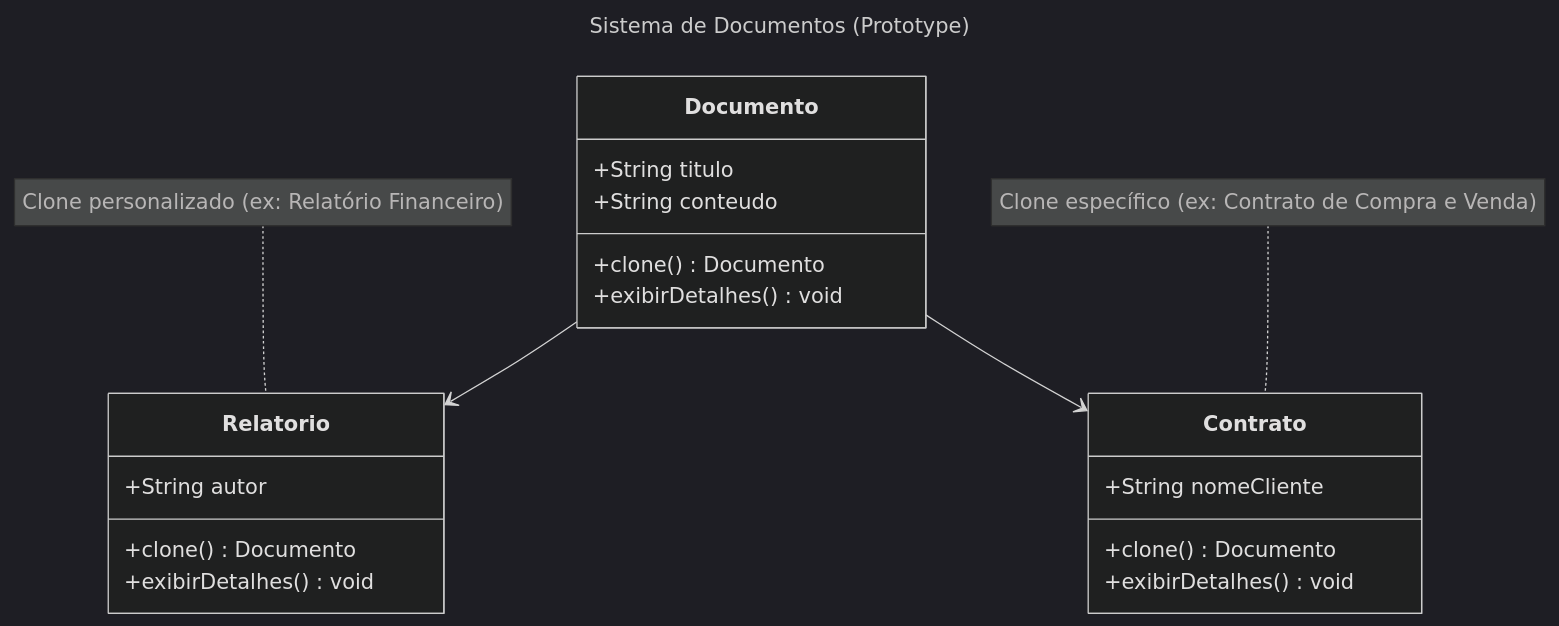
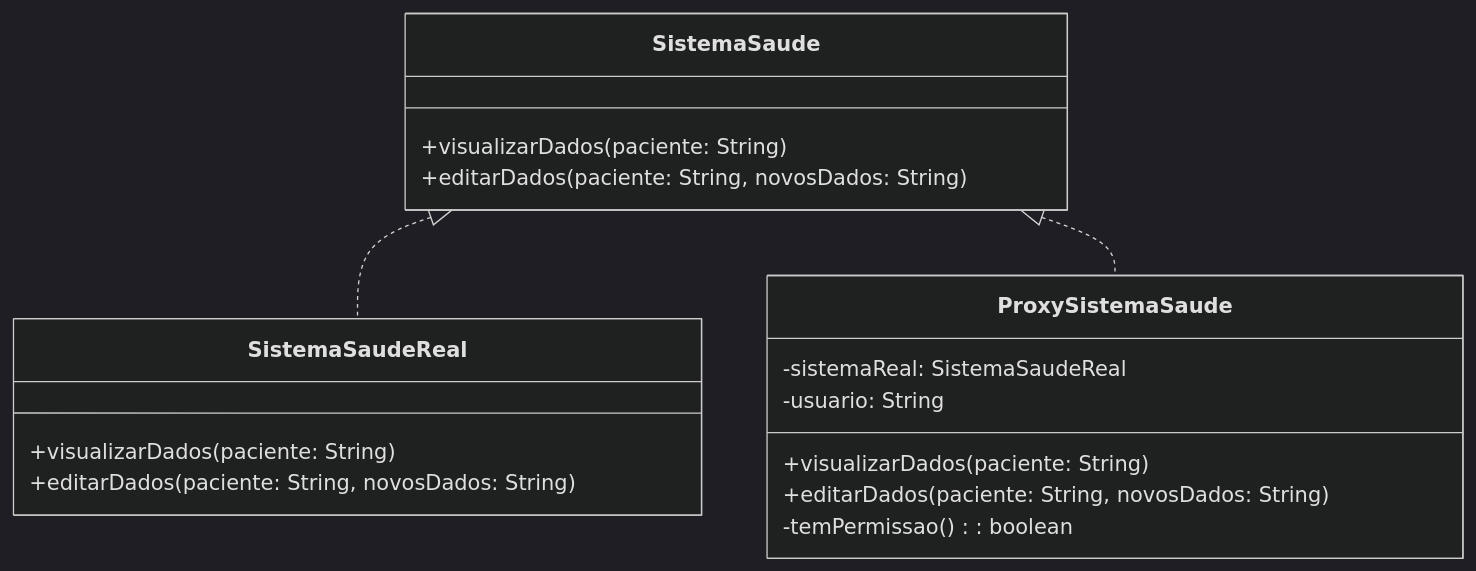
The diagram in README.md (20242-ifba-saj-ads-ppr/seminario-ppr-criacional-prototype), drawn with Mermaid (dark theme) before and after one commit. The commit also changed other lines of this file, not shown here.

````diff
--- a/README.md
+++ b/README.md
@@ -41,33 +13,23 @@
 ```mermaid
----
-title: Sistema de Documentos (Prototype)
----
 classDiagram
-direction TB
-    class Documento {
-	    +String titulo
-	    +String conteudo
-	    +clone() Documento
-	    +exibirDetalhes() void
+    class SistemaSaude {
+        +visualizarDados(paciente: String)
+        +editarDados(paciente: String, novosDados: String)
     }
 
-    class Relatorio {
-	    +String autor
-	    +clone() Documento
-	    +exibirDetalhes() void
+    class SistemaSaudeReal {
+        +visualizarDados(paciente: String)
+        +editarDados(paciente: String, novosDados: String)
     }
 
-    class Contrato {
-	    +String nomeCliente
-	    +clone() Documento
-	    +exibirDetalhes() void
+    class ProxySistemaSaude {
+        -sistemaReal: SistemaSaudeReal
+        -usuario: String
+        +visualizarDados(paciente: String)
+        +editarDados(paciente: String, novosDados: String)
+        -temPermissao(): boolean
     }
 
-	note for Relatorio "Clone personalizado (ex: Relatório Financeiro)"
-	note for Contrato "Clone específico (ex: Contrato de Compra e Venda)"
-
-    Documento --> Relatorio
-    Documento --> Contrato
-
-
+    SistemaSaude <|.. SistemaSaudeReal
+    SistemaSaude <|.. ProxySistemaSaude
 ```
````
